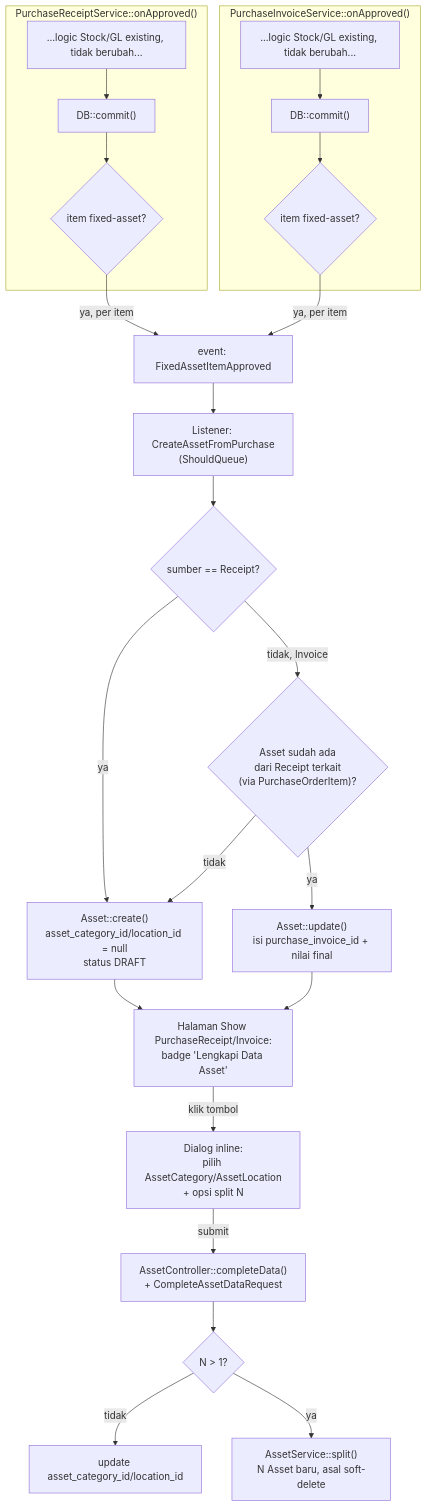
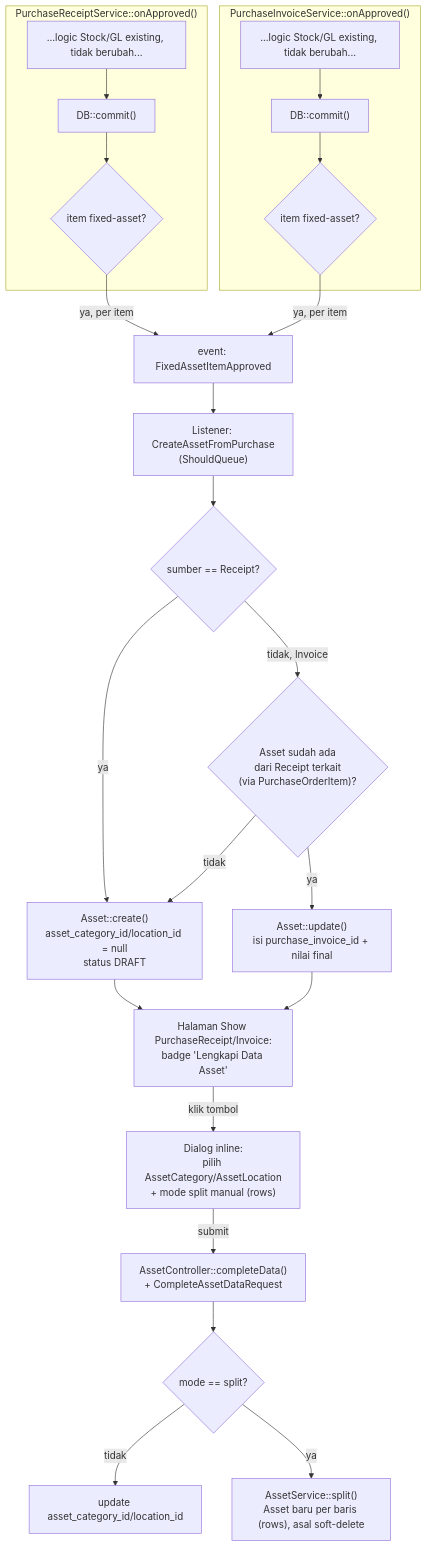
The diagram in .kiro/specs/asset-management-purchase-integration/design.md (RimbunCode/erp_pataya), drawn with Mermaid before and after one commit. The commit also changed other lines of this file and 91 other files, not shown here.

````diff
--- a/.kiro/specs/asset-management-purchase-integration/design.md
+++ b/.kiro/specs/asset-management-purchase-integration/design.md
@@ -11,33 +11,33 @@
 ```mermaid
 flowchart TD
     subgraph Receipt["PurchaseReceiptService::onApproved()"]
         R1["...logic Stock/GL existing, tidak berubah..."]
         R2["DB::commit()"]
         R3{"item fixed-asset?"}
         R1 --> R2 --> R3
     end
     subgraph Invoice["PurchaseInvoiceService::onApproved()"]
         I1["...logic Stock/GL existing, tidak berubah..."]
         I2["DB::commit()"]
         I3{"item fixed-asset?"}
         I1 --> I2 --> I3
     end
 
     R3 -->|ya, per item| EV["event: FixedAssetItemApproved"]
     I3 -->|ya, per item| EV
 
     EV --> LS["Listener: CreateAssetFromPurchase\n(ShouldQueue)"]
     LS --> Q{"sumber == Receipt?"}
     Q -->|ya| C1["Asset::create()\nasset_category_id/location_id = null\nstatus DRAFT"]
     Q -->|tidak, Invoice| Q2{"Asset sudah ada\ndari Receipt terkait\n(via PurchaseOrderItem)?"}
     Q2 -->|ya| U1["Asset::update()\nisi purchase_invoice_id + nilai final"]
     Q2 -->|tidak| C1
 
     C1 --> UI["Halaman Show PurchaseReceipt/Invoice:\nbadge 'Lengkapi Data Asset'"]
     U1 --> UI
-    UI -->|klik tombol| DLG["Dialog inline:\npilih AssetCategory/AssetLocation\n+ opsi split N"]
+    UI -->|klik tombol| DLG["Dialog inline:\npilih AssetCategory/AssetLocation\n+ mode split manual (rows)"]
     DLG -->|submit| CTRL["AssetController::completeData()\n+ CompleteAssetDataRequest"]
-    CTRL --> SPLIT{"N > 1?"}
+    CTRL --> SPLIT{"mode == split?"}
     SPLIT -->|tidak| UPD["update asset_category_id/location_id"]
-    SPLIT -->|ya| SP["AssetService::split()\nN Asset baru, asal soft-delete"]
+    SPLIT -->|ya| SP["AssetService::split()\nAsset baru per baris (rows), asal soft-delete"]
 ```
````
